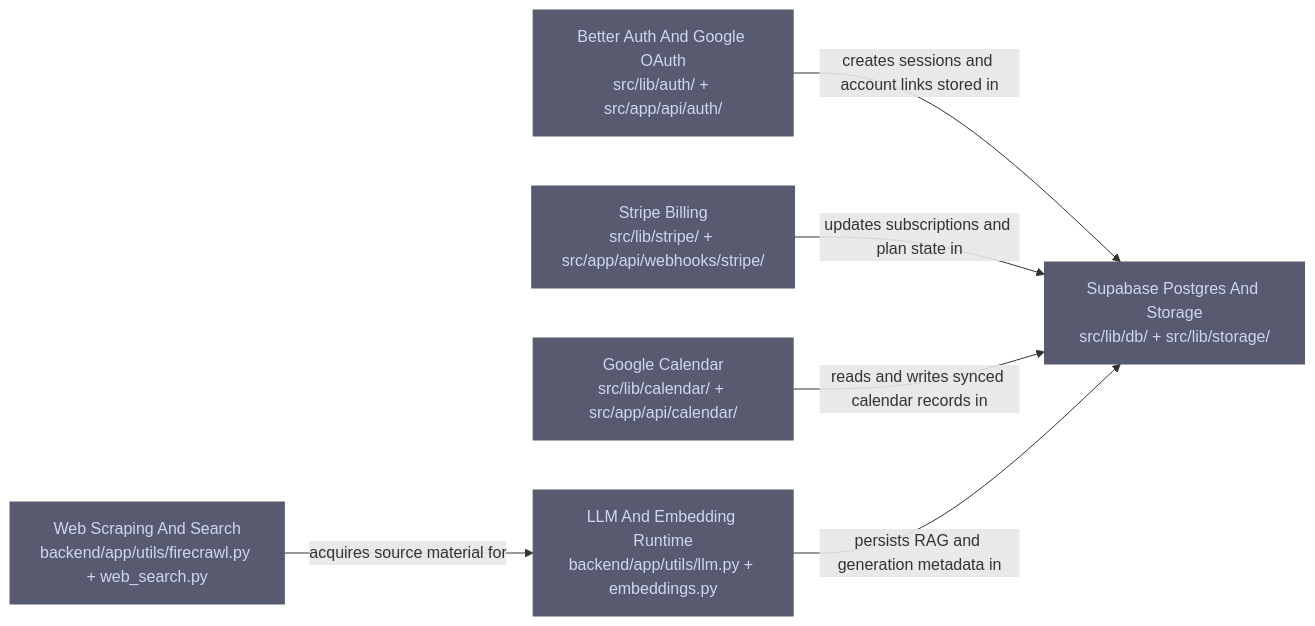
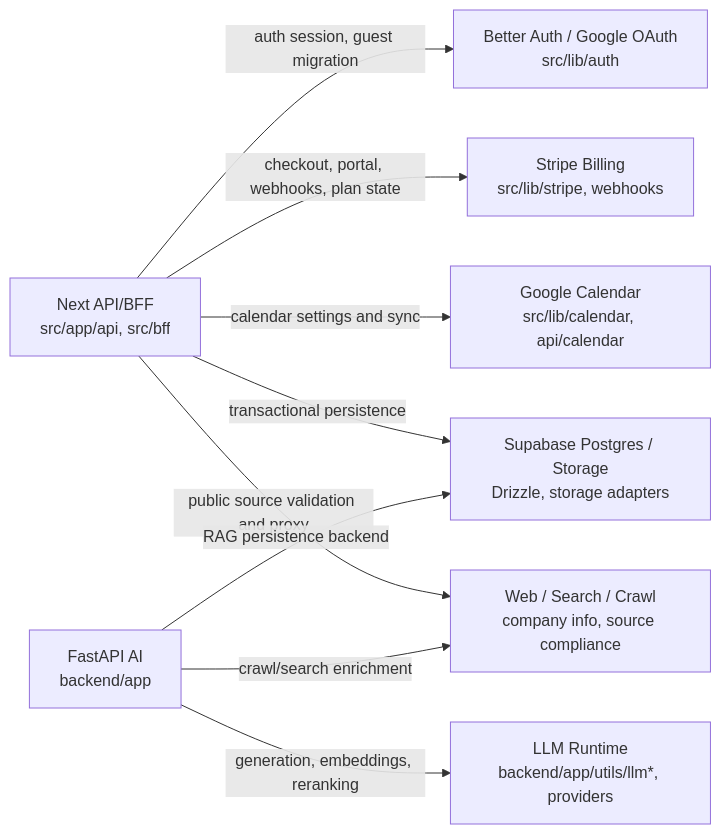
Before and after one commit to saoki0913/career_compass: the diagram in .omm/external-integrations/diagram.mmd, drawn with Mermaid. The commit also changed 466 other files, not shown here.

```diff
--- a/.omm/external-integrations/diagram.mmd
+++ b/.omm/external-integrations/diagram.mmd
@@ -1,16 +1,18 @@
 graph LR
-    better-auth-google["Better Auth And Google OAuth\nsrc/lib/auth/ + src/app/api/auth/"]
-    supabase-postgres-storage["Supabase Postgres And Storage\nsrc/lib/db/ + src/lib/storage/"]
-    stripe-billing["Stripe Billing\nsrc/lib/stripe/ + src/app/api/webhooks/stripe/"]
-    google-calendar["Google Calendar\nsrc/lib/calendar/ + src/app/api/calendar/"]
-    firecrawl-web["Web Scraping And Search\nbackend/app/utils/firecrawl.py + web_search.py"]
-    llm-runtime["LLM And Embedding Runtime\nbackend/app/utils/llm.py + embeddings.py"]
+    better-auth-google["Better Auth / Google OAuth\nsrc/lib/auth"]
+    stripe-billing["Stripe Billing\nsrc/lib/stripe, webhooks"]
+    google-calendar["Google Calendar\nsrc/lib/calendar, api/calendar"]
+    supabase-postgres-storage["Supabase Postgres / Storage\nDrizzle, storage adapters"]
+    llm-runtime["LLM Runtime\nbackend/app/utils/llm*, providers"]
+    firecrawl-web["Web / Search / Crawl\ncompany info, source compliance"]
+    next-api["Next API/BFF\nsrc/app/api, src/bff"]
+    fastapi-ai["FastAPI AI\nbackend/app"]
 
-    better-auth-google -->|"creates sessions and account links stored in"| supabase-postgres-storage
-    stripe-billing -->|"updates subscriptions and plan state in"| supabase-postgres-storage
-    google-calendar -->|"reads and writes synced calendar records in"| supabase-postgres-storage
-    firecrawl-web -->|"acquires source material for"| llm-runtime
-    llm-runtime -->|"persists RAG and generation metadata in"| supabase-postgres-storage
-
-    classDef external fill:#585b70,stroke:#585b70,color:#cdd6f4
-    class better-auth-google,supabase-postgres-storage,stripe-billing,google-calendar,firecrawl-web,llm-runtime external
+    next-api -->|auth session, guest migration| better-auth-google
+    next-api -->|checkout, portal, webhooks, plan state| stripe-billing
+    next-api -->|calendar settings and sync| google-calendar
+    next-api -->|transactional persistence| supabase-postgres-storage
+    next-api -->|public source validation and proxy| firecrawl-web
+    fastapi-ai -->|generation, embeddings, reranking| llm-runtime
+    fastapi-ai -->|crawl/search enrichment| firecrawl-web
+    fastapi-ai -->|RAG persistence backend| supabase-postgres-storage
```
